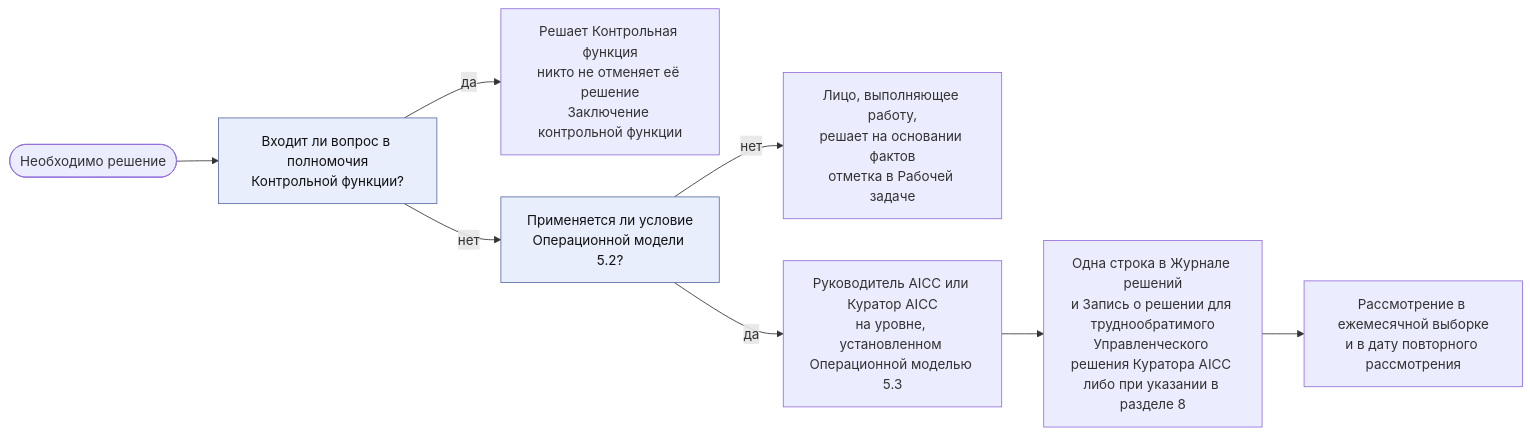
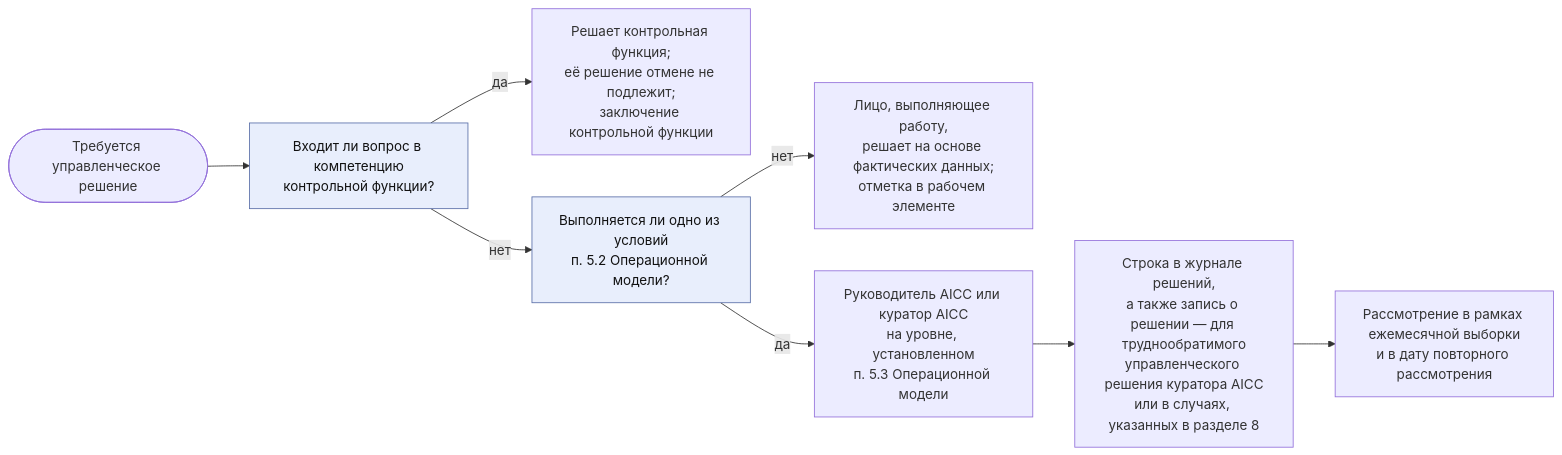
The third of 3 diagrams in charter/ru/guides/unit-governance-guide.md (devhogu/ob-aicc), drawn with Mermaid before and after one commit. The commit also changed other lines of this file and 6 other files, not shown here.

````diff
--- a/charter/ru/guides/unit-governance-guide.md
+++ b/charter/ru/guides/unit-governance-guide.md
@@ -95,12 +95,12 @@
 ```mermaid
 flowchart LR
-  DEC(["Необходимо решение"]) --> Q1["Входит ли вопрос в полномочия<br/>Контрольной функции?"]
-  Q1 -->|"да"| CFD["Решает Контрольная функция<br/>никто не отменяет её решение<br/>Заключение контрольной функции"]
-  Q1 -->|"нет"| Q2["Применяется ли условие<br/>Операционной модели 5.2?"]
-  Q2 -->|"нет"| TMD["Лицо, выполняющее работу,<br/>решает на основании фактов<br/>отметка в Рабочей задаче"]
-  Q2 -->|"да"| LV["Руководитель AICC или Куратор AICC<br/>на уровне, установленном Операционной моделью 5.3"]
-  LV --> LOG["Одна строка в Журнале решений<br/>и Запись о решении для труднообратимого<br/>Управленческого решения Куратора AICC либо при указании в разделе 8"]
-  LOG --> REV["Рассмотрение в ежемесячной выборке<br/>и в дату повторного рассмотрения"]
+  DEC(["Требуется управленческое решение"]) --> Q1["Входит ли вопрос в компетенцию<br/>контрольной функции?"]
+  Q1 -->|"да"| CFD["Решает контрольная функция;<br/>её решение отмене не подлежит;<br/>заключение контрольной функции"]
+  Q1 -->|"нет"| Q2["Выполняется ли одно из условий<br/>п. 5.2 Операционной модели?"]
+  Q2 -->|"нет"| TMD["Лицо, выполняющее работу,<br/>решает на основе фактических данных;<br/>отметка в рабочем элементе"]
+  Q2 -->|"да"| LV["Руководитель AICC или куратор AICC<br/>на уровне, установленном<br/>п. 5.3 Операционной модели"]
+  LV --> LOG["Строка в журнале решений,<br/>а также запись о решении — для труднообратимого<br/>управленческого решения куратора AICC<br/>или в случаях, указанных в разделе 8"]
+  LOG --> REV["Рассмотрение в рамках ежемесячной выборки<br/>и в дату повторного рассмотрения"]
   classDef gate fill:#e8eefc,stroke:#5a6fa8,color:#111
   class Q1,Q2 gate
 ```
````
